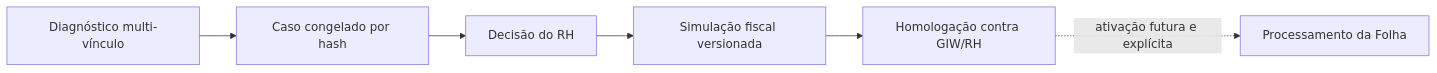
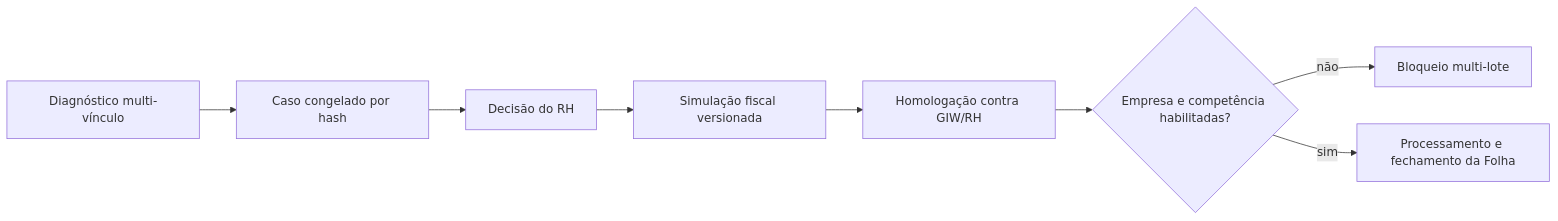
One commit to AldoSant/GestaoInstitutos changed the first of 2 diagrams in docs/SIMULACAO_FISCAL_CONSOLIDADA.md. Above: the diagram before and after it, drawn with Mermaid. The commit also changed other lines of this file and 79 other files, not shown here.

````diff
--- a/docs/SIMULACAO_FISCAL_CONSOLIDADA.md
+++ b/docs/SIMULACAO_FISCAL_CONSOLIDADA.md
@@ -16,8 +17,10 @@
 ```mermaid
 flowchart LR
   D["Diagnóstico multi-vínculo"] --> C["Caso congelado por hash"]
   C --> R["Decisão do RH"]
   R --> S["Simulação fiscal versionada"]
   S --> H["Homologação contra GIW/RH"]
-  H -. "ativação futura e explícita" .-> F["Processamento da Folha"]
+  H --> G{"Empresa e competência habilitadas?"}
+  G -- "não" --> B["Bloqueio multi-lote"]
+  G -- "sim" --> F["Processamento e fechamento da Folha"]
 ```
````
